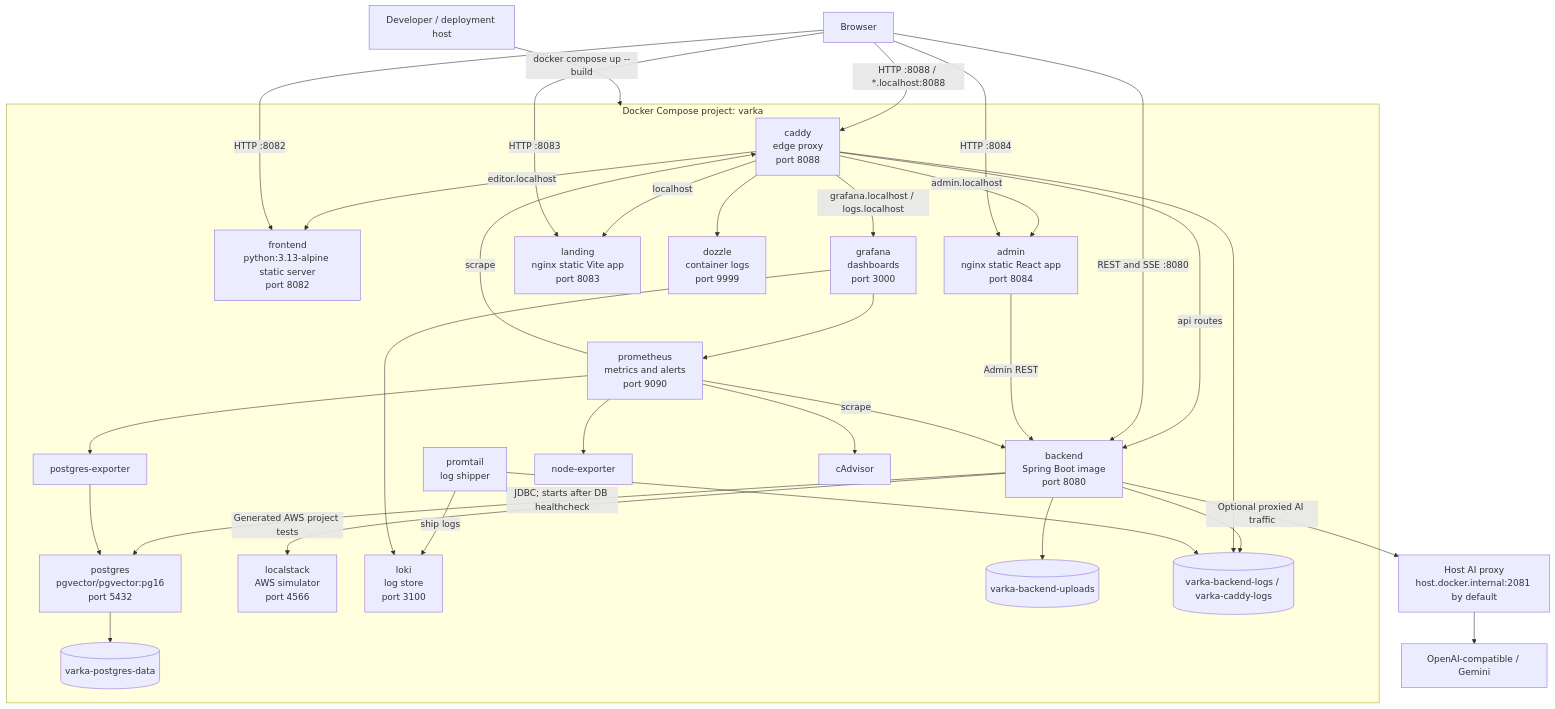
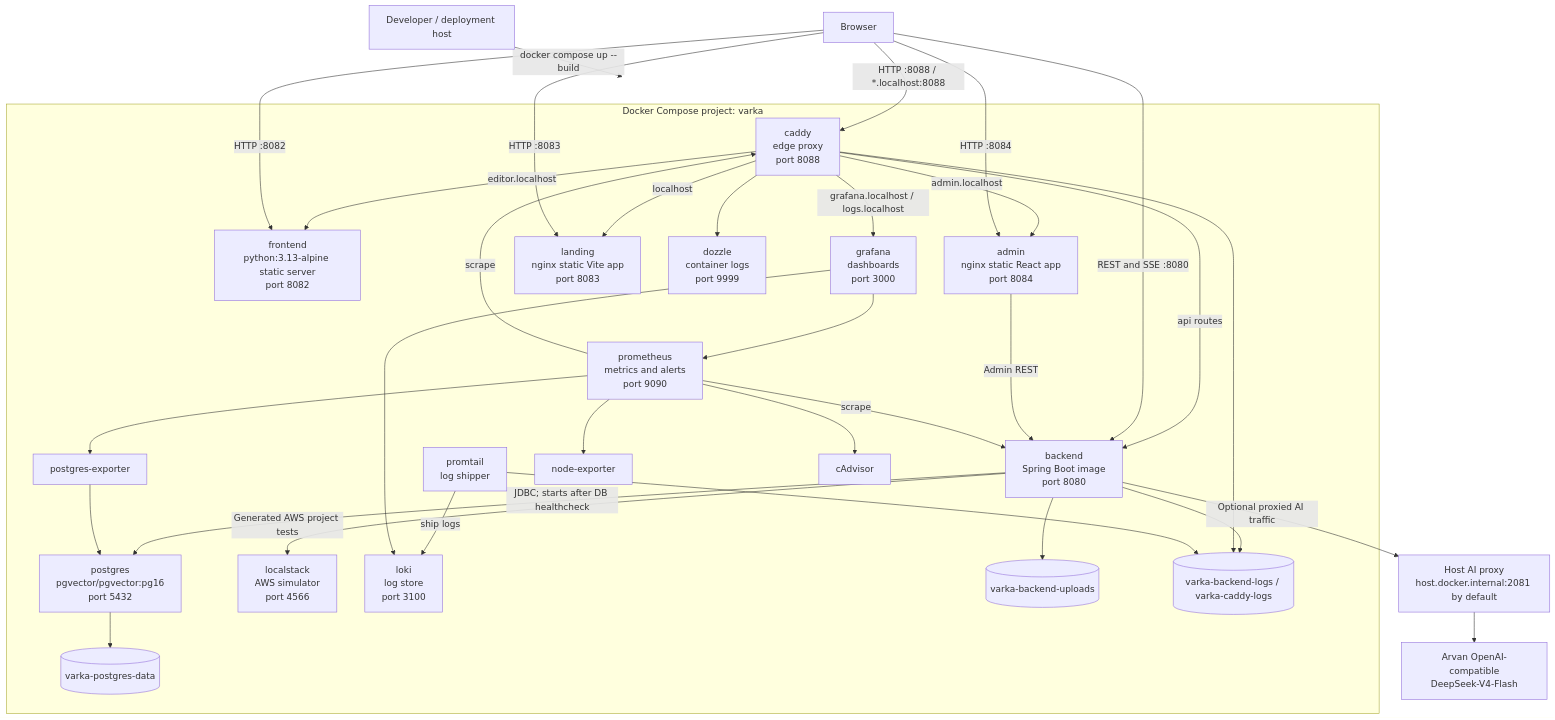
Before and after one commit to mehdieidi/modriss: the first of 2 diagrams in docs/diagrams/04-deployment-and-runtime.md, drawn with Mermaid. The commit also changed other lines of this file and 66 other files, not shown here.

````diff
--- a/docs/diagrams/04-deployment-and-runtime.md
+++ b/docs/diagrams/04-deployment-and-runtime.md
@@ -5,59 +5,59 @@
 ```mermaid
 flowchart TB
     host["Developer / deployment host"]
     browser["Browser"]
 
     subgraph compose["Docker Compose project: varka"]
         caddy["caddy<br/>edge proxy<br/>port 8088"]
         frontend["frontend<br/>python:3.13-alpine static server<br/>port 8082"]
         admin["admin<br/>nginx static React app<br/>port 8084"]
         landing["landing<br/>nginx static Vite app<br/>port 8083"]
         backend["backend<br/>Spring Boot image<br/>port 8080"]
         postgres["postgres<br/>pgvector/pgvector:pg16<br/>port 5432"]
         localstack["localstack<br/>AWS simulator<br/>port 4566"]
         dozzle["dozzle<br/>container logs<br/>port 9999"]
         prometheus["prometheus<br/>metrics and alerts<br/>port 9090"]
         grafana["grafana<br/>dashboards<br/>port 3000"]
         loki["loki<br/>log store<br/>port 3100"]
         promtail["promtail<br/>log shipper"]
         pgexp["postgres-exporter"]
         nodeexp["node-exporter"]
         cadvisor["cAdvisor"]
         dbvolume[("varka-postgres-data")]
         uploadvolume[("varka-backend-uploads")]
         logvolume[("varka-backend-logs / varka-caddy-logs")]
     end
 
     proxy["Host AI proxy<br/>host.docker.internal:2081 by default"]
-    provider["OpenAI-compatible / Gemini"]
+    provider["Arvan OpenAI-compatible<br/>DeepSeek-V4-Flash"]
 
     host -->|"docker compose up --build"| compose
     browser -->|"HTTP :8088 / *.localhost:8088"| caddy
     caddy -->|"editor.localhost"| frontend
     caddy -->|"admin.localhost"| admin
     caddy -->|"localhost"| landing
     caddy -->|"api routes"| backend
     caddy -->|"grafana.localhost / logs.localhost"| grafana
     caddy --> dozzle
     browser -->|"HTTP :8082"| frontend
     browser -->|"HTTP :8083"| landing
     browser -->|"HTTP :8084"| admin
     browser -->|"REST and SSE :8080"| backend
     admin -->|"Admin REST"| backend
     backend -->|"JDBC; starts after DB healthcheck"| postgres
     postgres --> dbvolume
     backend --> uploadvolume
     backend --> logvolume
     caddy --> logvolume
     backend -->|"Generated AWS project tests"| localstack
     prometheus -->|"scrape"| backend
     prometheus -->|"scrape"| caddy
     prometheus --> pgexp --> postgres
     prometheus --> nodeexp
     prometheus --> cadvisor
     promtail -->|"ship logs"| loki
     promtail --> logvolume
     grafana --> prometheus
     grafana --> loki
     backend -->|"Optional proxied AI traffic"| proxy --> provider
 ```
````
